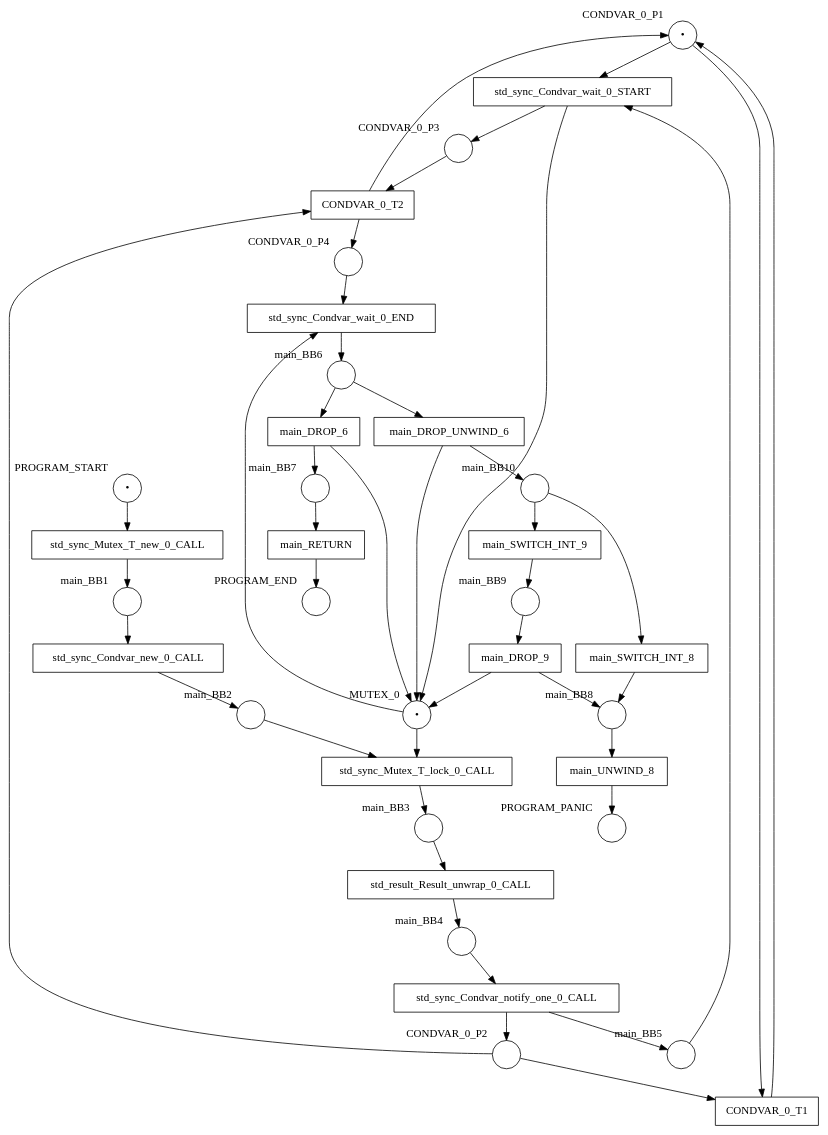
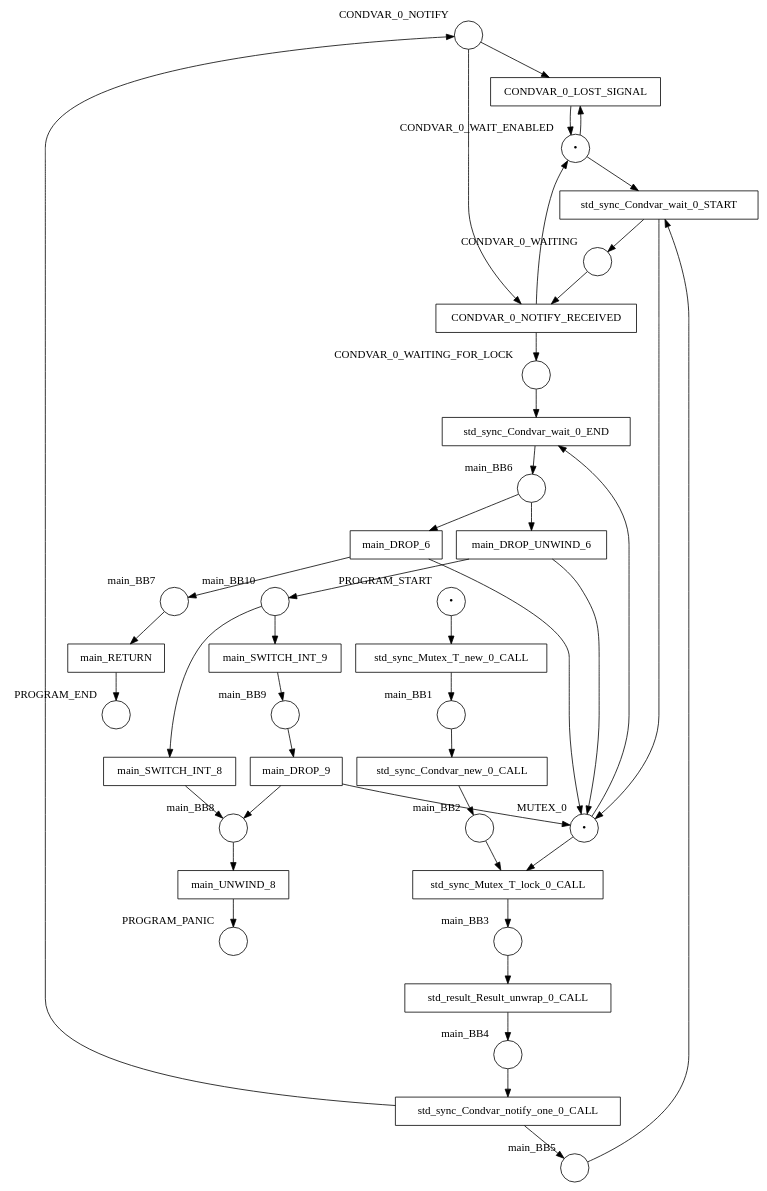
The diagram in examples/results/condvar/self_notify_lost_signal/net.dot (hlisdero/cargo-check-deadlock), drawn with Graphviz before and after one commit. The commit also changed 13 other files, not shown here.

```diff
--- a/examples/results/condvar/self_notify_lost_signal/net.dot
+++ b/examples/results/condvar/self_notify_lost_signal/net.dot
@@ -1,79 +1,79 @@
 digraph petrinet {
-    CONDVAR_0_P1 [shape="circle" xlabel="CONDVAR_0_P1" label="•"];
-    CONDVAR_0_P2 [shape="circle" xlabel="CONDVAR_0_P2" label=""];
-    CONDVAR_0_P3 [shape="circle" xlabel="CONDVAR_0_P3" label=""];
-    CONDVAR_0_P4 [shape="circle" xlabel="CONDVAR_0_P4" label=""];
+    CONDVAR_0_NOTIFY [shape="circle" xlabel="CONDVAR_0_NOTIFY" label=""];
+    CONDVAR_0_WAITING [shape="circle" xlabel="CONDVAR_0_WAITING" label=""];
+    CONDVAR_0_WAITING_FOR_LOCK [shape="circle" xlabel="CONDVAR_0_WAITING_FOR_LOCK" label=""];
+    CONDVAR_0_WAIT_ENABLED [shape="circle" xlabel="CONDVAR_0_WAIT_ENABLED" label="•"];
     MUTEX_0 [shape="circle" xlabel="MUTEX_0" label="•"];
     PROGRAM_END [shape="circle" xlabel="PROGRAM_END" label=""];
     PROGRAM_PANIC [shape="circle" xlabel="PROGRAM_PANIC" label=""];
     PROGRAM_START [shape="circle" xlabel="PROGRAM_START" label="•"];
     main_BB1 [shape="circle" xlabel="main_BB1" label=""];
     main_BB10 [shape="circle" xlabel="main_BB10" label=""];
     main_BB2 [shape="circle" xlabel="main_BB2" label=""];
     main_BB3 [shape="circle" xlabel="main_BB3" label=""];
     main_BB4 [shape="circle" xlabel="main_BB4" label=""];
     main_BB5 [shape="circle" xlabel="main_BB5" label=""];
     main_BB6 [shape="circle" xlabel="main_BB6" label=""];
     main_BB7 [shape="circle" xlabel="main_BB7" label=""];
     main_BB8 [shape="circle" xlabel="main_BB8" label=""];
     main_BB9 [shape="circle" xlabel="main_BB9" label=""];
-    CONDVAR_0_T1 [shape="box" xlabel="" label="CONDVAR_0_T1"];
-    CONDVAR_0_T2 [shape="box" xlabel="" label="CONDVAR_0_T2"];
+    CONDVAR_0_LOST_SIGNAL [shape="box" xlabel="" label="CONDVAR_0_LOST_SIGNAL"];
+    CONDVAR_0_NOTIFY_RECEIVED [shape="box" xlabel="" label="CONDVAR_0_NOTIFY_RECEIVED"];
     main_DROP_6 [shape="box" xlabel="" label="main_DROP_6"];
     main_DROP_9 [shape="box" xlabel="" label="main_DROP_9"];
     main_DROP_UNWIND_6 [shape="box" xlabel="" label="main_DROP_UNWIND_6"];
     main_RETURN [shape="box" xlabel="" label="main_RETURN"];
     main_SWITCH_INT_8 [shape="box" xlabel="" label="main_SWITCH_INT_8"];
     main_SWITCH_INT_9 [shape="box" xlabel="" label="main_SWITCH_INT_9"];
     main_UNWIND_8 [shape="box" xlabel="" label="main_UNWIND_8"];
     std_result_Result_unwrap_0_CALL [shape="box" xlabel="" label="std_result_Result_unwrap_0_CALL"];
     std_sync_Condvar_new_0_CALL [shape="box" xlabel="" label="std_sync_Condvar_new_0_CALL"];
     std_sync_Condvar_notify_one_0_CALL [shape="box" xlabel="" label="std_sync_Condvar_notify_one_0_CALL"];
     std_sync_Condvar_wait_0_END [shape="box" xlabel="" label="std_sync_Condvar_wait_0_END"];
     std_sync_Condvar_wait_0_START [shape="box" xlabel="" label="std_sync_Condvar_wait_0_START"];
     std_sync_Mutex_T_lock_0_CALL [shape="box" xlabel="" label="std_sync_Mutex_T_lock_0_CALL"];
     std_sync_Mutex_T_new_0_CALL [shape="box" xlabel="" label="std_sync_Mutex_T_new_0_CALL"];
-    CONDVAR_0_P1 -> CONDVAR_0_T1;
-    CONDVAR_0_P1 -> std_sync_Condvar_wait_0_START;
-    CONDVAR_0_P2 -> CONDVAR_0_T1;
-    CONDVAR_0_P2 -> CONDVAR_0_T2;
-    CONDVAR_0_P3 -> CONDVAR_0_T2;
-    CONDVAR_0_P4 -> std_sync_Condvar_wait_0_END;
+    CONDVAR_0_NOTIFY -> CONDVAR_0_LOST_SIGNAL;
+    CONDVAR_0_NOTIFY -> CONDVAR_0_NOTIFY_RECEIVED;
+    CONDVAR_0_WAITING -> CONDVAR_0_NOTIFY_RECEIVED;
+    CONDVAR_0_WAITING_FOR_LOCK -> std_sync_Condvar_wait_0_END;
+    CONDVAR_0_WAIT_ENABLED -> CONDVAR_0_LOST_SIGNAL;
+    CONDVAR_0_WAIT_ENABLED -> std_sync_Condvar_wait_0_START;
     MUTEX_0 -> std_sync_Condvar_wait_0_END;
     MUTEX_0 -> std_sync_Mutex_T_lock_0_CALL;
     PROGRAM_START -> std_sync_Mutex_T_new_0_CALL;
     main_BB1 -> std_sync_Condvar_new_0_CALL;
     main_BB10 -> main_SWITCH_INT_8;
     main_BB10 -> main_SWITCH_INT_9;
     main_BB2 -> std_sync_Mutex_T_lock_0_CALL;
     main_BB3 -> std_result_Result_unwrap_0_CALL;
     main_BB4 -> std_sync_Condvar_notify_one_0_CALL;
     main_BB5 -> std_sync_Condvar_wait_0_START;
     main_BB6 -> main_DROP_6;
     main_BB6 -> main_DROP_UNWIND_6;
     main_BB7 -> main_RETURN;
     main_BB8 -> main_UNWIND_8;
     main_BB9 -> main_DROP_9;
-    CONDVAR_0_T1 -> CONDVAR_0_P1;
-    CONDVAR_0_T2 -> CONDVAR_0_P1;
-    CONDVAR_0_T2 -> CONDVAR_0_P4;
+    CONDVAR_0_LOST_SIGNAL -> CONDVAR_0_WAIT_ENABLED;
+    CONDVAR_0_NOTIFY_RECEIVED -> CONDVAR_0_WAITING_FOR_LOCK;
+    CONDVAR_0_NOTIFY_RECEIVED -> CONDVAR_0_WAIT_ENABLED;
     main_DROP_6 -> MUTEX_0;
     main_DROP_6 -> main_BB7;
     main_DROP_9 -> MUTEX_0;
     main_DROP_9 -> main_BB8;
     main_DROP_UNWIND_6 -> MUTEX_0;
     main_DROP_UNWIND_6 -> main_BB10;
     main_RETURN -> PROGRAM_END;
     main_SWITCH_INT_8 -> main_BB8;
     main_SWITCH_INT_9 -> main_BB9;
     main_UNWIND_8 -> PROGRAM_PANIC;
     std_result_Result_unwrap_0_CALL -> main_BB4;
     std_sync_Condvar_new_0_CALL -> main_BB2;
-    std_sync_Condvar_notify_one_0_CALL -> CONDVAR_0_P2;
+    std_sync_Condvar_notify_one_0_CALL -> CONDVAR_0_NOTIFY;
     std_sync_Condvar_notify_one_0_CALL -> main_BB5;
     std_sync_Condvar_wait_0_END -> main_BB6;
-    std_sync_Condvar_wait_0_START -> CONDVAR_0_P3;
+    std_sync_Condvar_wait_0_START -> CONDVAR_0_WAITING;
     std_sync_Condvar_wait_0_START -> MUTEX_0;
     std_sync_Mutex_T_lock_0_CALL -> main_BB3;
     std_sync_Mutex_T_new_0_CALL -> main_BB1;
 }
```
